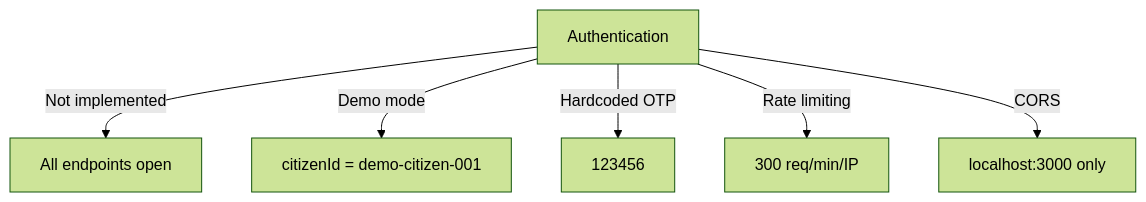
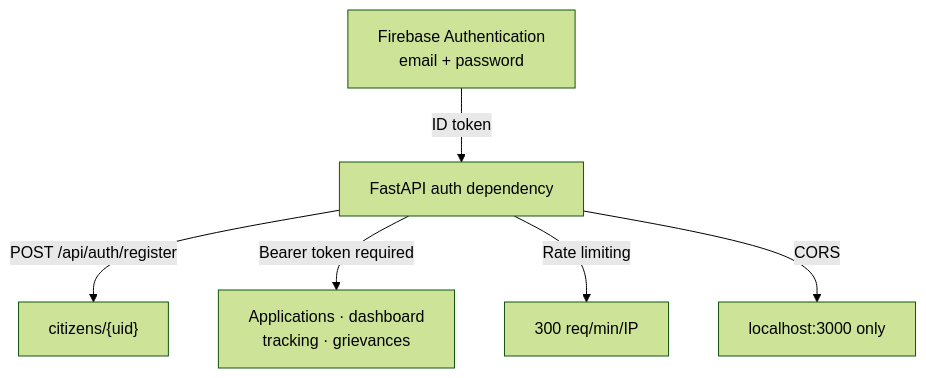
One commit to hschinmayabharadwaj/Vsrun-Mayya changed diagram 11 of 16 in docs/ARCHITECTURE.md. Above: the diagram before and after it, drawn with Mermaid (forest theme). The commit also changed other lines of this file and 1 other file, not shown here.

````diff
--- a/docs/ARCHITECTURE.md
+++ b/docs/ARCHITECTURE.md
@@ -461,8 +462,8 @@
 ```mermaid
 graph TD
-    Auth["Authentication"] -->|"Not implemented"| OpenAPI["All endpoints open"]
-    Auth -->|"Demo mode"| DemoUser["citizenId = demo-citizen-001"]
-    Auth -->|"Hardcoded OTP"| OTP["123456"]
+    Firebase["Firebase Authentication<br/>email + password"] -->|"ID token"| Auth["FastAPI auth dependency"]
+    Auth -->|"POST /api/auth/register"| Citizen["citizens/{uid}"]
+    Auth -->|"Bearer token required"| Protected["Applications · dashboard<br/>tracking · grievances"]
     Auth -->|"Rate limiting"| RL["300 req/min/IP"]
     Auth -->|"CORS"| CORS["localhost:3000 only"]
 ```
````
